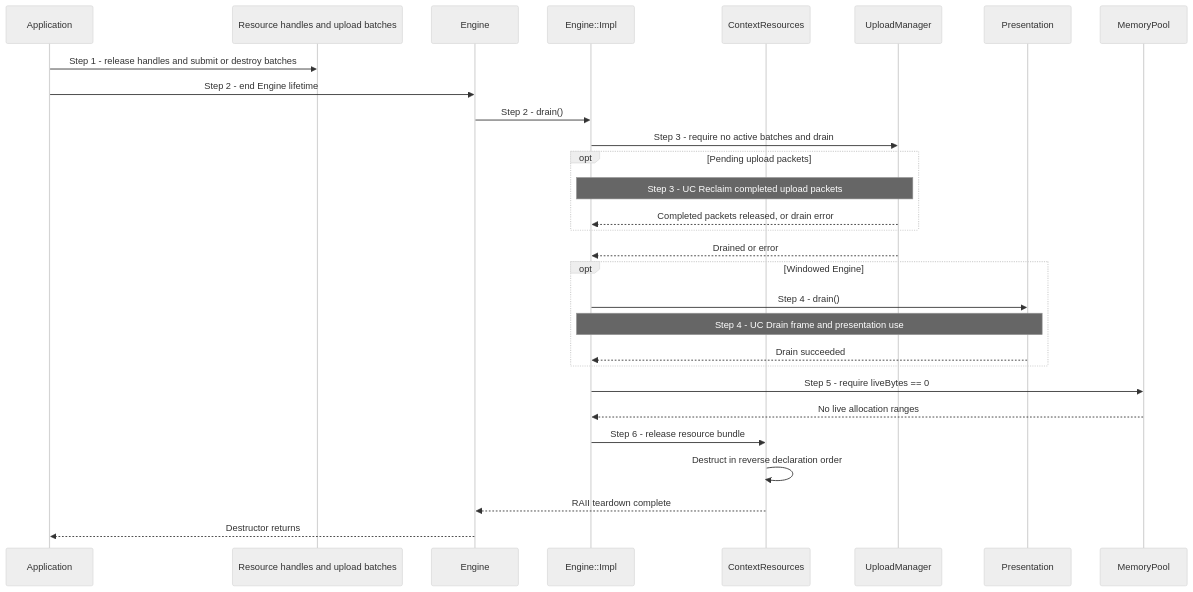
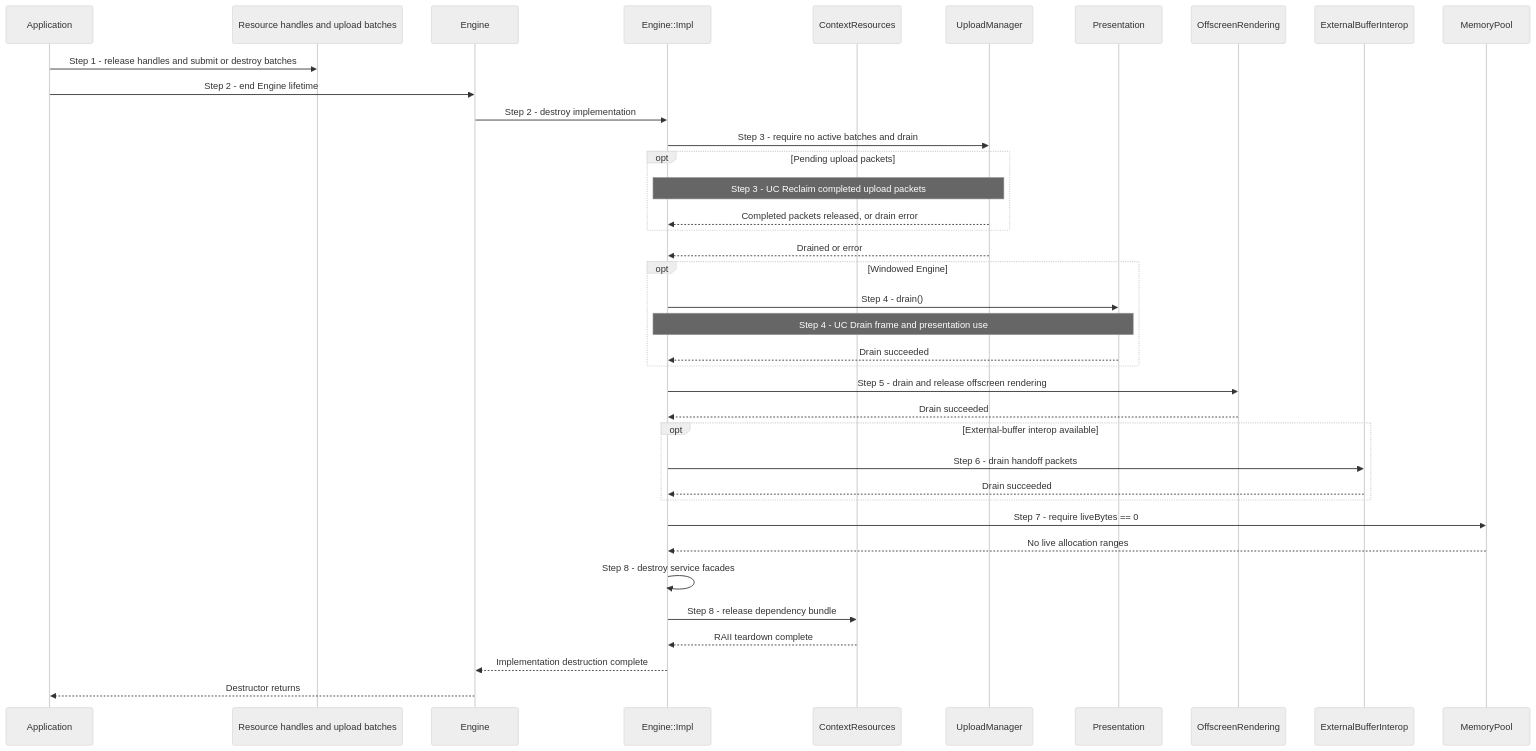
Before and after one commit to a-soltysik/Panda: the diagram in docs/use-cases/shutdown-context.md, drawn with Mermaid (neutral theme). The commit also changed other lines of this file and 11 other files, not shown here.

````diff
--- a/docs/use-cases/shutdown-context.md
+++ b/docs/use-cases/shutdown-context.md
@@ -51,31 +58,40 @@
 ```mermaid
 sequenceDiagram
     participant A as Application
     participant H as Resource handles and upload batches
     participant C as Engine
     participant I as Engine::Impl
     participant R as ContextResources
     participant U as UploadManager
     participant P as Presentation
+    participant O as OffscreenRendering
+    participant X as ExternalBufferInterop
     participant M as MemoryPool
     A->>H: Step 1 - release handles and submit or destroy batches
     A->>C: Step 2 - end Engine lifetime
-    C->>I: Step 2 - drain()
+    C->>I: Step 2 - destroy implementation
     I->>U: Step 3 - require no active batches and drain
     opt Pending upload packets
         Note over I,U: Step 3 - UC Reclaim completed upload packets
         U-->>I: Completed packets released, or drain error
     end
     U-->>I: Drained or error
     opt Windowed Engine
         I->>P: Step 4 - drain()
         Note over I,P: Step 4 - UC Drain frame and presentation use
         P-->>I: Drain succeeded
     end
-    I->>M: Step 5 - require liveBytes == 0
+    I->>O: Step 5 - drain and release offscreen rendering
+    O-->>I: Drain succeeded
+    opt External-buffer interop available
+        I->>X: Step 6 - drain handoff packets
+        X-->>I: Drain succeeded
+    end
+    I->>M: Step 7 - require liveBytes == 0
     M-->>I: No live allocation ranges
-    I->>R: Step 6 - release resource bundle
-    R->>R: Destruct in reverse declaration order
-    R-->>C: RAII teardown complete
+    I->>I: Step 8 - destroy service facades
+    I->>R: Step 8 - release dependency bundle
+    R-->>I: RAII teardown complete
+    I-->>C: Implementation destruction complete
     C-->>A: Destructor returns
 ```
````
